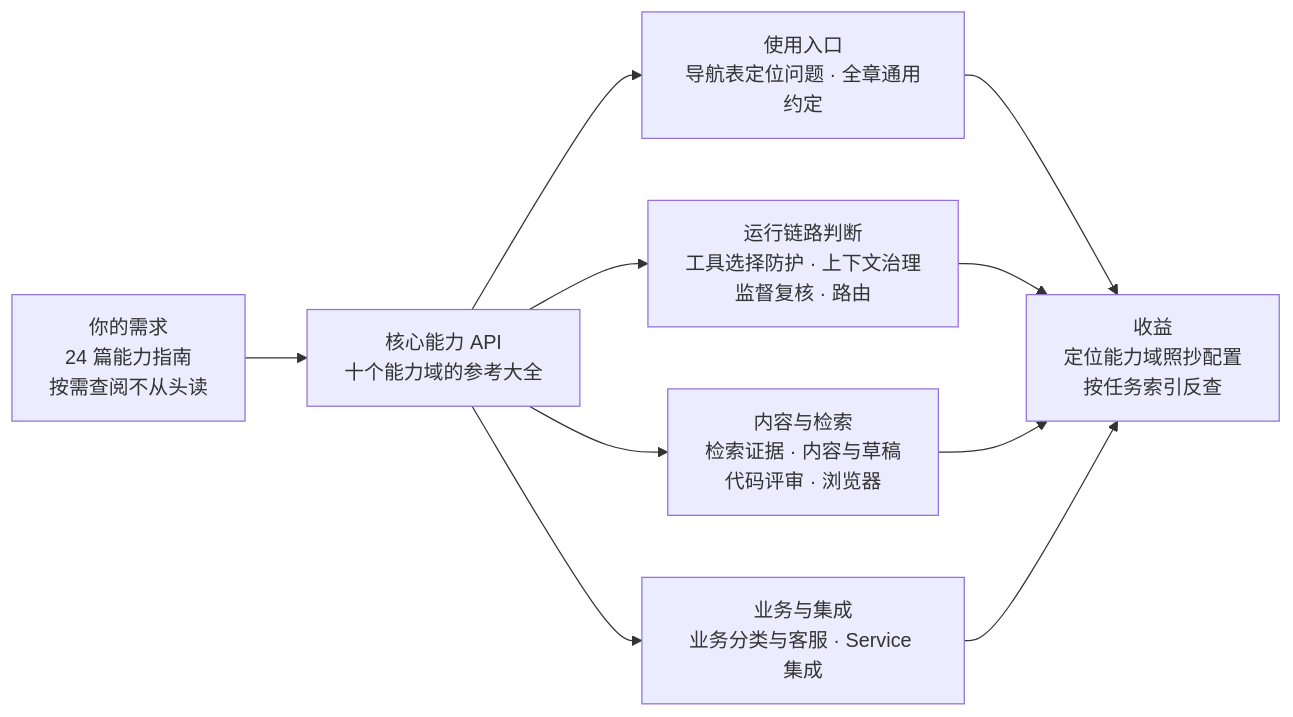
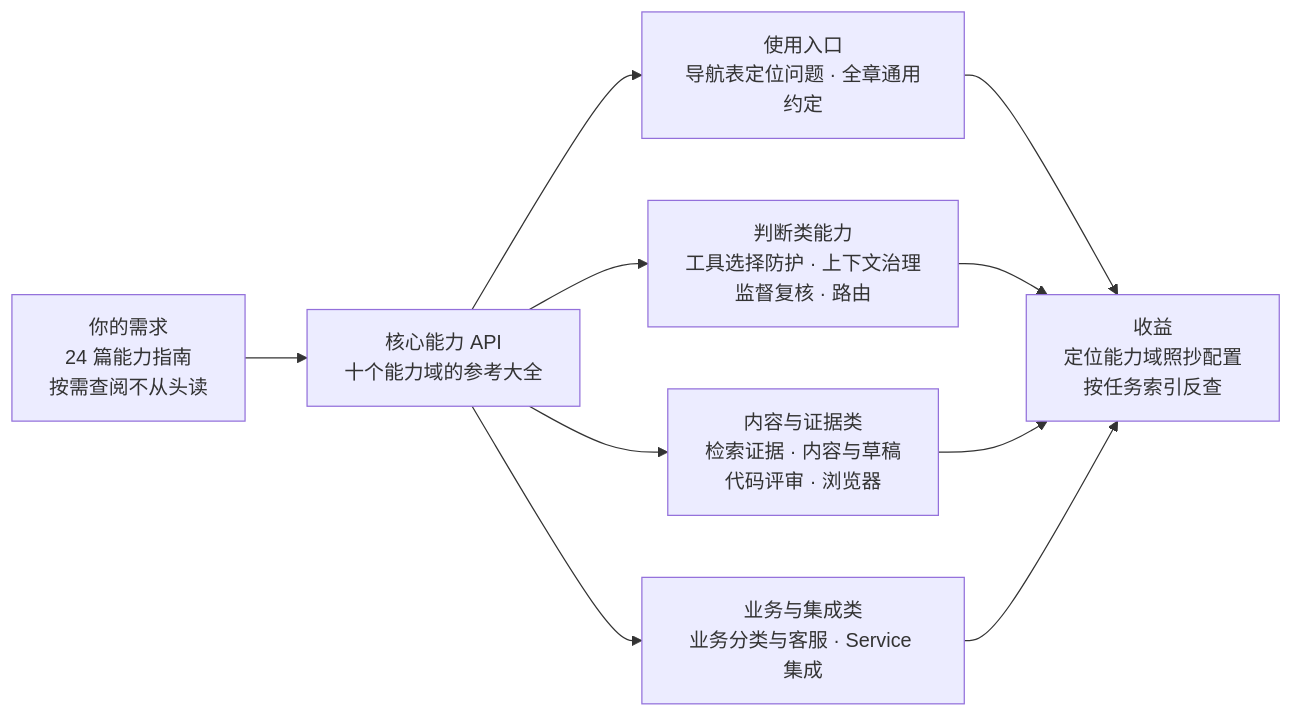
The first of 3 diagrams in chapters/37-jev-apis.md (ybak/agentscope-2.0-tutorial), drawn with Mermaid before and after one commit. The commit also changed 2 other files, not shown here.

Commit message:
docs: 章首导览图·批次3终校：ch36/ch37/ch21 标签微调（fix r1）

````diff
--- a/chapters/37-jev-apis.md
+++ b/chapters/37-jev-apis.md
@@ -11,12 +11,12 @@
 ```mermaid
 flowchart LR
     A["你的需求<br/>24 篇能力指南<br/>按需查阅不从头读"] --> B["核心能力 API<br/>十个能力域的参考大全"]
     B --> C["使用入口<br/>导航表定位问题 · 全章通用约定"]
-    B --> D["运行链路判断<br/>工具选择防护 · 上下文治理<br/>监督复核 · 路由"]
-    B --> E["内容与检索<br/>检索证据 · 内容与草稿<br/>代码评审 · 浏览器"]
-    B --> F["业务与集成<br/>业务分类与客服 · Service 集成"]
+    B --> D["判断类能力<br/>工具选择防护 · 上下文治理<br/>监督复核 · 路由"]
+    B --> E["内容与证据类<br/>检索证据 · 内容与草稿<br/>代码评审 · 浏览器"]
+    B --> F["业务与集成类<br/>业务分类与客服 · Service 集成"]
     C --> G["收益<br/>定位能力域照抄配置<br/>按任务索引反查"]
     D --> G
     E --> G
     F --> G
 ```
````
